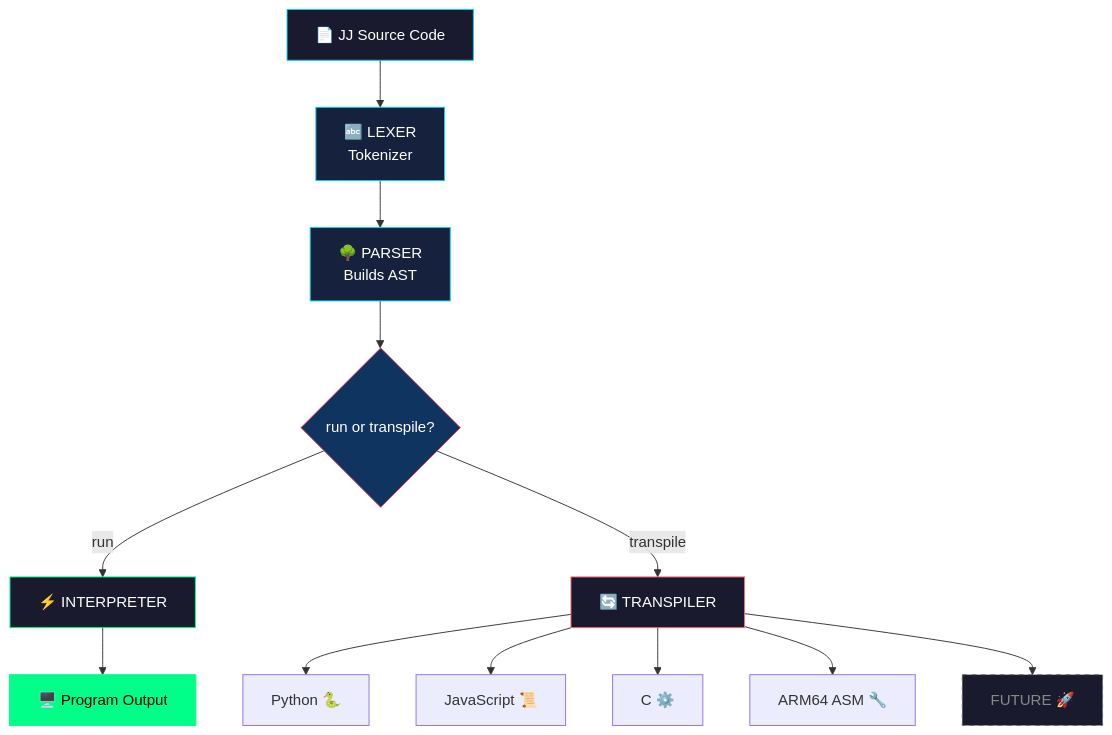
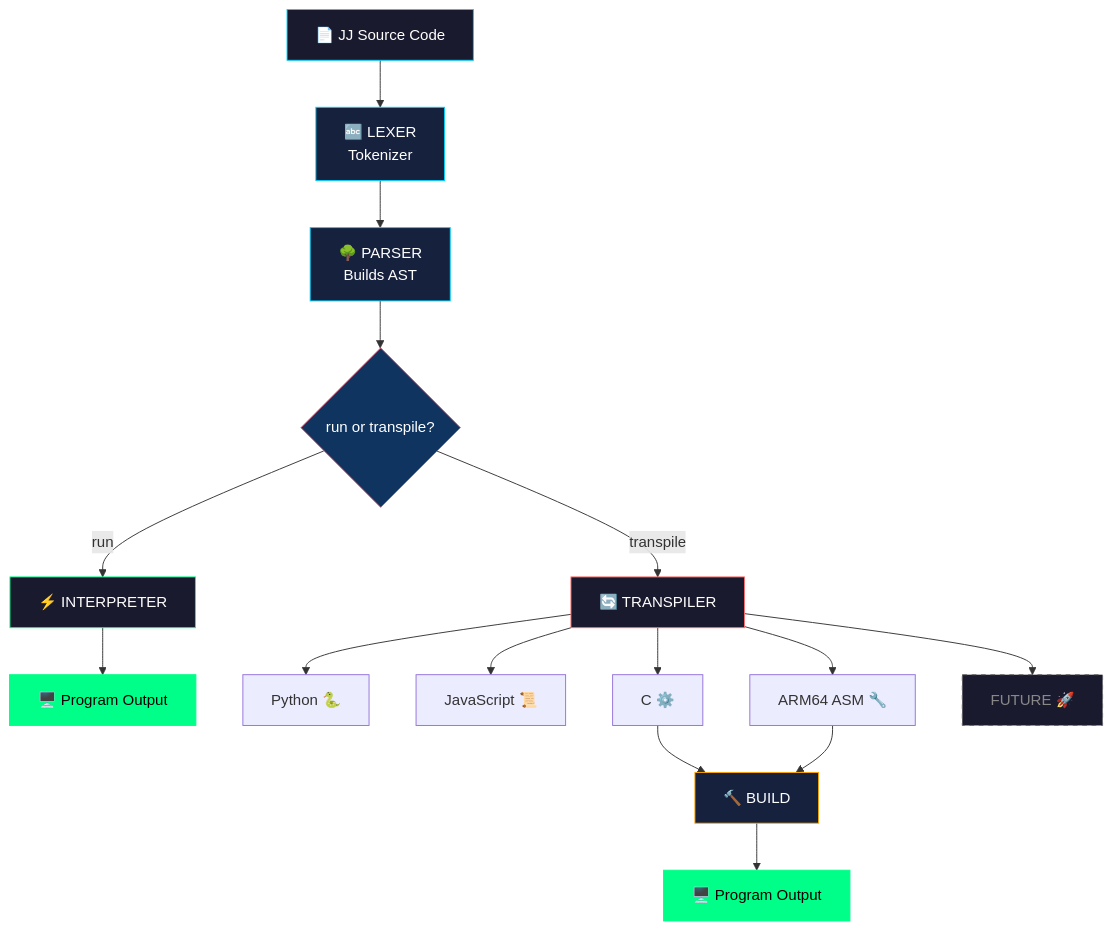
One commit to SuperBox64/JibberJabber changed the diagram in README.md. Above: the diagram before and after it, drawn with Mermaid.

Commit message:
Add BUILD and Program Output steps after C/ASM transpilation

````diff
--- a/README.md
+++ b/README.md
@@ -350,26 +350,32 @@
 ```mermaid
 flowchart TD
     A[📄 JJ Source Code] --> B[🔤 LEXER<br>Tokenizer]
     B --> C[🌳 PARSER<br>Builds AST]
     C --> D{run or transpile?}
 
     D -->|run| E[⚡ INTERPRETER]
     E --> F[🖥️ Program Output]
 
     D -->|transpile| G[🔄 TRANSPILER]
     G --> H[Python 🐍]
     G --> I[JavaScript 📜]
     G --> J[C ⚙️]
     G --> K[ARM64 ASM 🔧]
     G --> L[FUTURE 🚀]
 
+    J --> M[🔨 BUILD]
+    K --> M
+    M --> N[🖥️ Program Output]
+
     style L fill:#1a1a2e,stroke:#666,color:#888,stroke-dasharray: 5 5
+    style M fill:#16213e,stroke:#ffa500,color:#fff
+    style N fill:#00ff88,stroke:#00ff88,color:#000
 
     style A fill:#1a1a2e,stroke:#00d4ff,color:#fff
     style B fill:#16213e,stroke:#00d4ff,color:#fff
     style C fill:#16213e,stroke:#00d4ff,color:#fff
     style D fill:#0f3460,stroke:#e94560,color:#fff
     style E fill:#1a1a2e,stroke:#00ff88,color:#fff
     style F fill:#00ff88,stroke:#00ff88,color:#000
     style G fill:#1a1a2e,stroke:#ff6b6b,color:#fff
 ```
````
